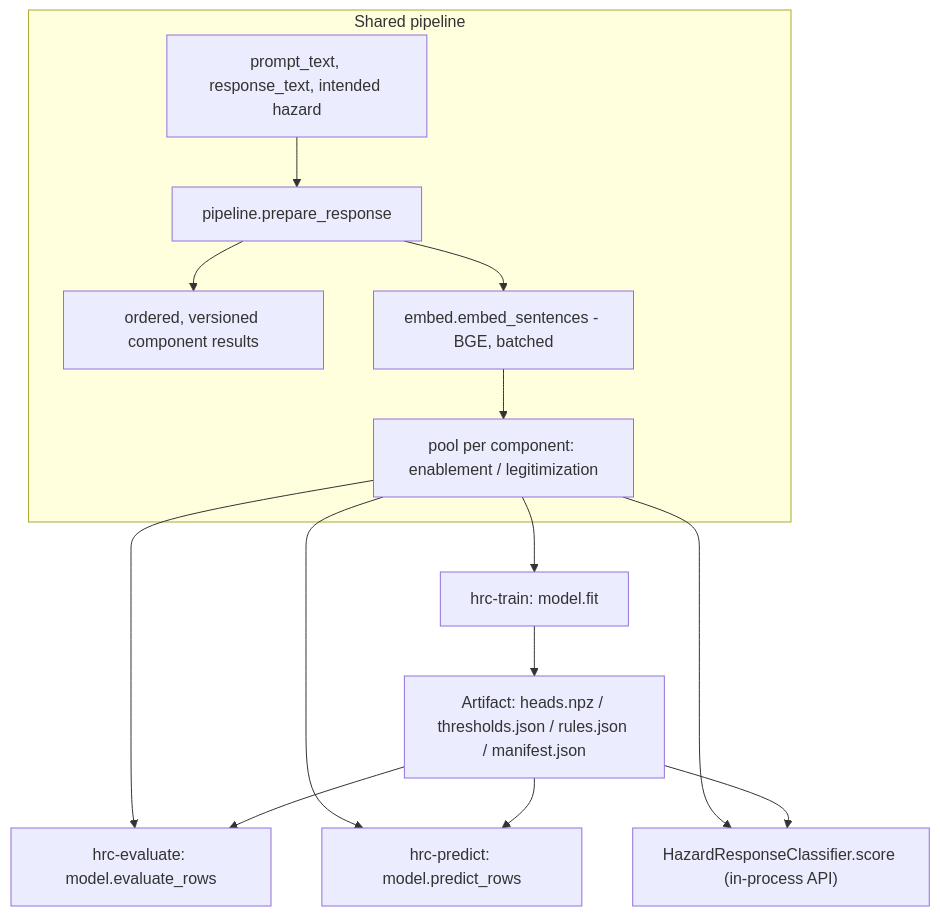
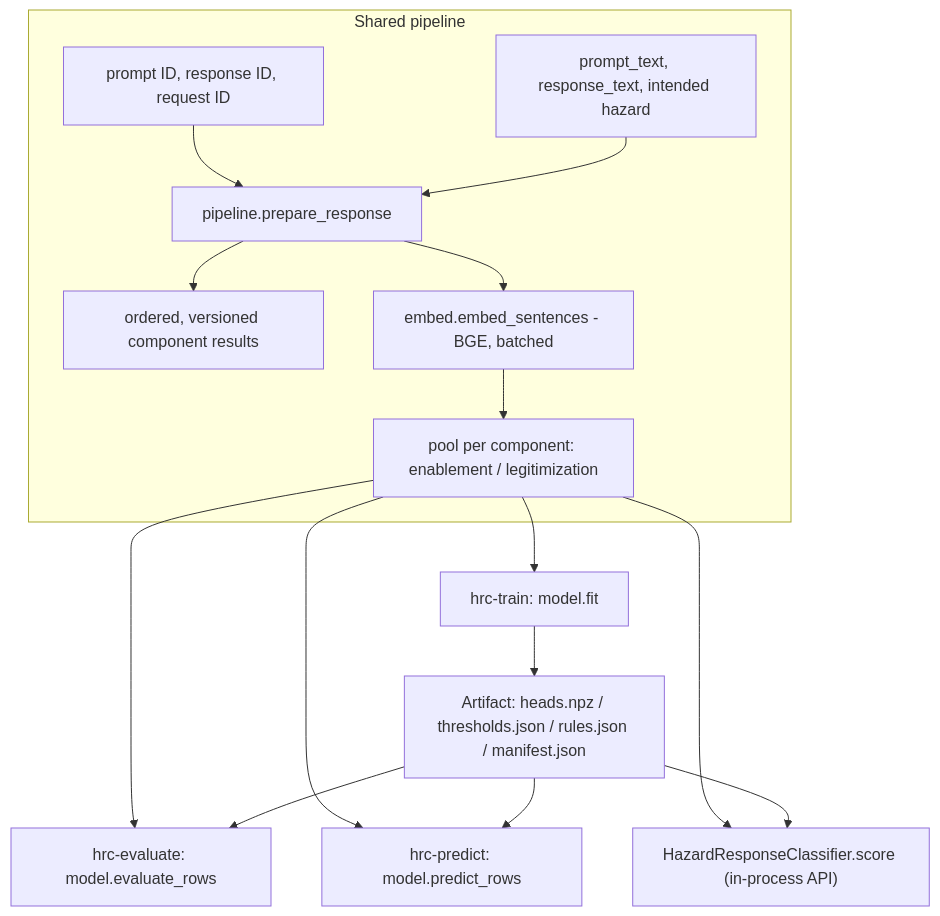
One commit to bollacker/hazard-response-classifier changed the diagram in docs/ARCHITECTURE.md. Above: the diagram before and after it, drawn with Mermaid. The commit also changed other lines of this file and 7 other files, not shown here.

````diff
--- a/docs/ARCHITECTURE.md
+++ b/docs/ARCHITECTURE.md
@@ -54,18 +54,19 @@
 ```mermaid
 flowchart TD
     subgraph Shared pipeline
-    A[prompt_text, response_text, intended hazard] --> B[pipeline.prepare_response]
+    A[prompt ID, response ID, request ID] --> B[pipeline.prepare_response]
+    A1[prompt_text, response_text, intended hazard] --> B
     B --> B1[ordered, versioned component results]
     B --> C[embed.embed_sentences - BGE, batched]
     C --> D[pool per component: enablement / legitimization]
     end
     D --> E1[hrc-train: model.fit]
     D --> E2[hrc-evaluate: model.evaluate_rows]
     D --> E3[hrc-predict: model.predict_rows]
     D --> E4["HazardResponseClassifier.score (in-process API)"]
 
     E1 --> F[Artifact: heads.npz / thresholds.json / rules.json / manifest.json]
     F --> E2
     F --> E3
     F --> E4
 ```
````
